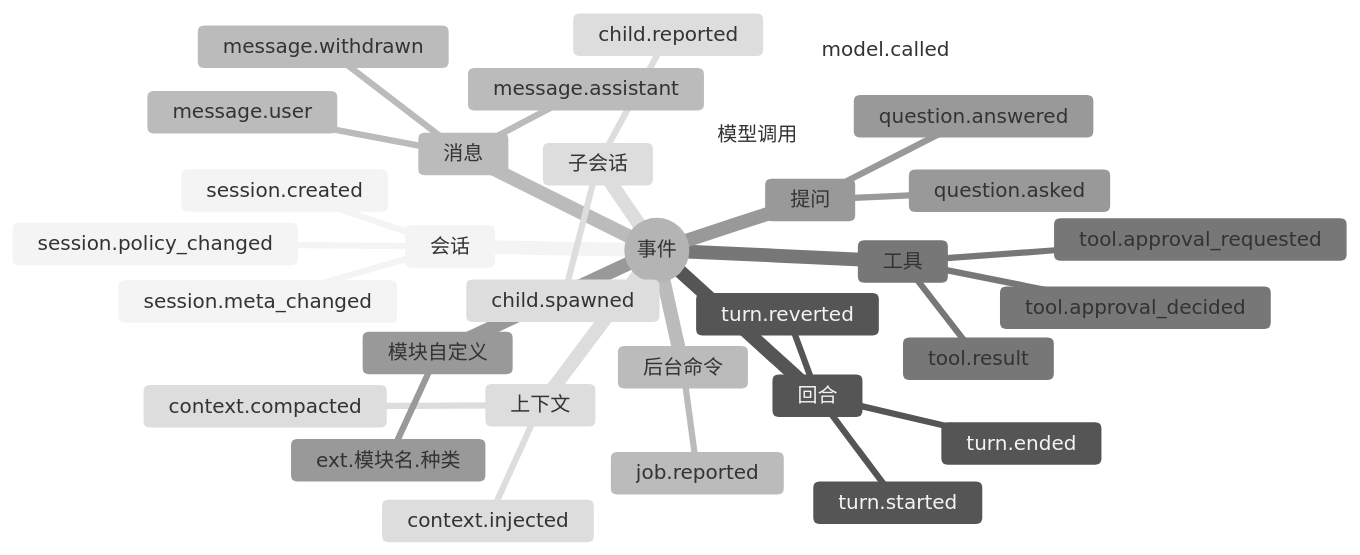
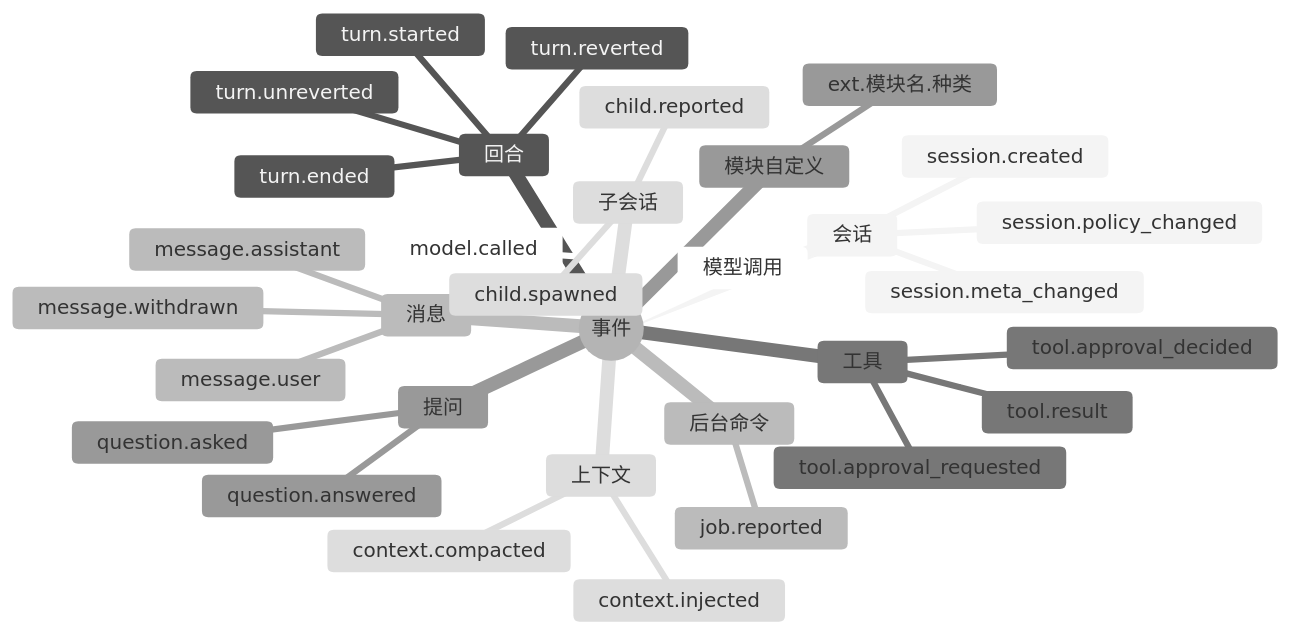
Before and after one commit to SHORiN-KiWATA/miyu-agent-remake: the first of 3 diagrams in docs/designs/03-事件模型.md, drawn with Mermaid (neutral theme). The commit also changed other lines of this file and 9 other files, not shown here.

Commit message:
docs: 内核图纸补上撤销与恢复：从某一轮起往后全撤，你发下一句之前能恢复；事件模型加 turn.unreverted，撤一轮时跟着撤的消息按回合算；重启计数在你开口以后从头数

````diff
--- a/docs/designs/03-事件模型.md
+++ b/docs/designs/03-事件模型.md
@@ -102,35 +102,36 @@
 ```mermaid
 mindmap
   root((事件))
     会话
       session.created
       session.policy_changed
       session.meta_changed
     回合
       turn.started
       turn.ended
       turn.reverted
+      turn.unreverted
     消息
       message.user
       message.assistant
       message.withdrawn
     工具
       tool.result
       tool.approval_requested
       tool.approval_decided
     提问
       question.asked
       question.answered
     上下文
       context.injected
       context.compacted
     模型调用
       model.called
     子会话
       child.spawned
       child.reported
     后台命令
       job.reported
     模块自定义
       ext.模块名.种类
 ```
````
